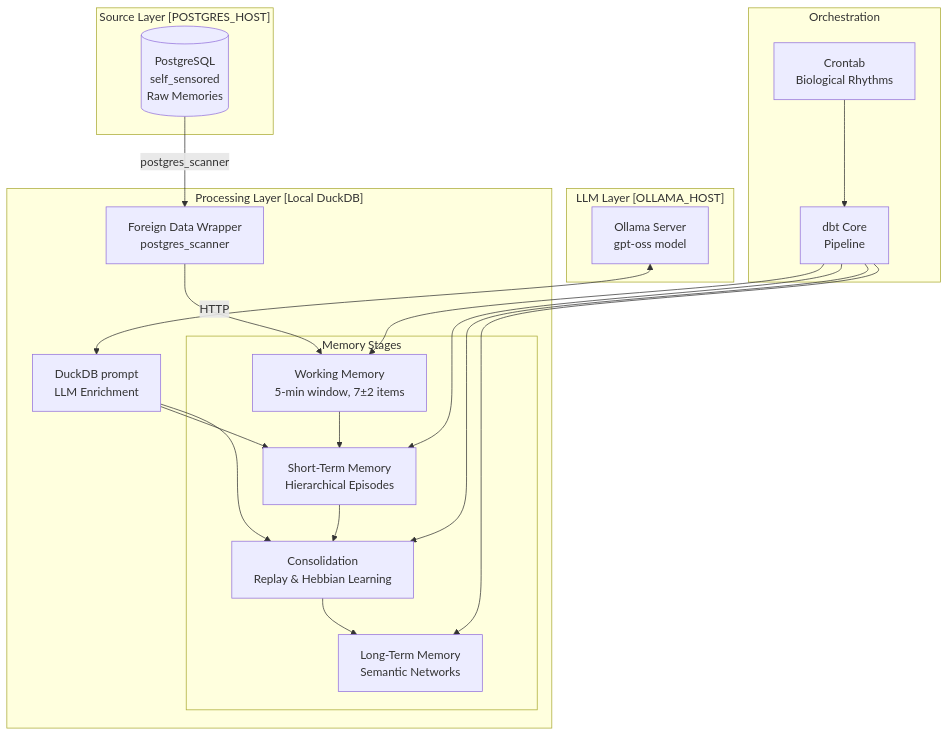
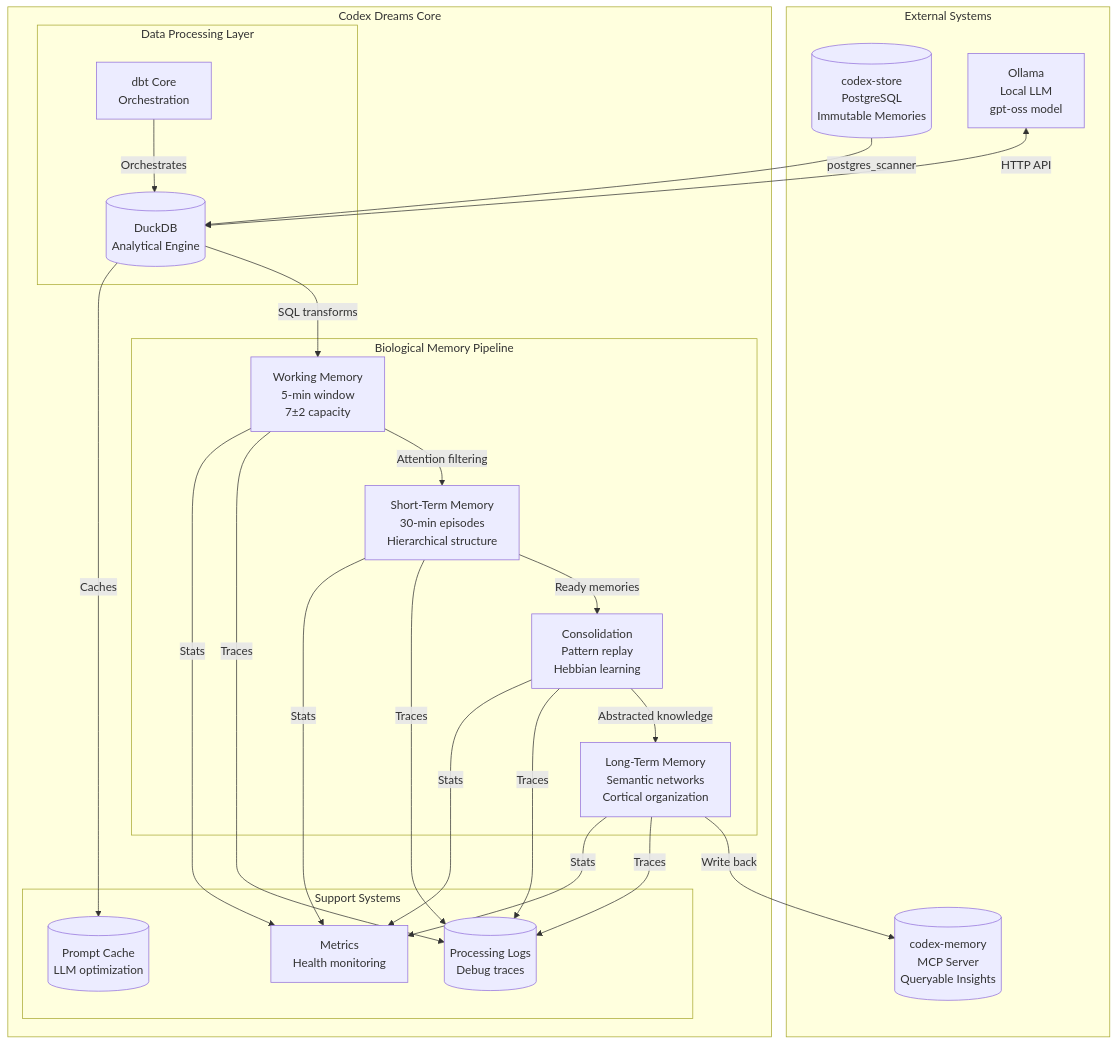
The diagram in docs/architecture/ARCHITECTURE.md (Ladvien/codex-dreams), drawn with Mermaid before and after one commit. The commit also changed other lines of this file and 29 other files, not shown here.

````diff
--- a/docs/architecture/ARCHITECTURE.md
+++ b/docs/architecture/ARCHITECTURE.md
@@ -9,46 +108,42 @@
 ```mermaid
-
 graph TB
-    subgraph "Source Layer [POSTGRES_HOST]"
-        PG[(PostgreSQL<br/>self_sensored<br/>Raw Memories)]
+    subgraph "External Systems"
+        CS[(codex-store<br/>PostgreSQL<br/>Immutable Memories)]
+        CM[(codex-memory<br/>MCP Server<br/>Queryable Insights)]
+        OLLAMA[Ollama<br/>Local LLM<br/>gpt-oss model]
     end
     
-    subgraph "LLM Layer [OLLAMA_HOST]"
-        Ollama[Ollama Server<br/>gpt-oss model]
+    subgraph "Codex Dreams Core"
+        subgraph "Data Processing Layer"
+            DUCK[(DuckDB<br/>Analytical Engine)]
+            DBT[dbt Core<br/>Orchestration]
+        end
+        
+        subgraph "Biological Memory Pipeline"
+            WM[Working Memory<br/>5-min window<br/>7±2 capacity]
+            STM[Short-Term Memory<br/>30-min episodes<br/>Hierarchical structure]
+            CONS[Consolidation<br/>Pattern replay<br/>Hebbian learning]
+            LTM[Long-Term Memory<br/>Semantic networks<br/>Cortical organization]
+        end
+        
+        subgraph "Support Systems"
+            LOG[(Processing Logs<br/>Debug traces)]
+            METRIC[Metrics<br/>Health monitoring]
+            CACHE[(Prompt Cache<br/>LLM optimization)]
+        end
     end
     
-    subgraph "Processing Layer [Local DuckDB]"
-        FDW[Foreign Data Wrapper<br/>postgres_scanner]
-        
-        subgraph "Memory Stages"
-            WM[Working Memory<br/>5-min window, 7±2 items]
-            STM[Short-Term Memory<br/>Hierarchical Episodes]
-            CONS[Consolidation<br/>Replay & Hebbian Learning]
-            LTM[Long-Term Memory<br/>Semantic Networks]
-        end
-        
-        PROMPT[DuckDB prompt<br/>LLM Enrichment]
-    end
+    CS -->|postgres_scanner| DUCK
+    DUCK -->|SQL transforms| WM
+    WM -->|Attention filtering| STM
+    STM -->|Ready memories| CONS
+    CONS -->|Abstracted knowledge| LTM
+    LTM -->|Write back| CM
     
-    subgraph "Orchestration"
-        DBT[dbt Core<br/>Pipeline]
-        CRON[Crontab<br/>Biological Rhythms]
-    end
+    OLLAMA <-->|HTTP API| DUCK
+    DBT -->|Orchestrates| DUCK
     
-    PG -->|postgres_scanner| FDW
-    FDW --> WM
-    WM --> STM
-    STM --> CONS
-    CONS --> LTM
-    
-    Ollama <-->|HTTP| PROMPT
-    PROMPT --> STM
-    PROMPT --> CONS
-    
-    DBT --> WM
-    DBT --> STM
-    DBT --> CONS
-    DBT --> LTM
-    
-    CRON --> DBT
+    WM & STM & CONS & LTM -->|Traces| LOG
+    WM & STM & CONS & LTM -->|Stats| METRIC
+    DUCK -->|Caches| CACHE
 ```
````
